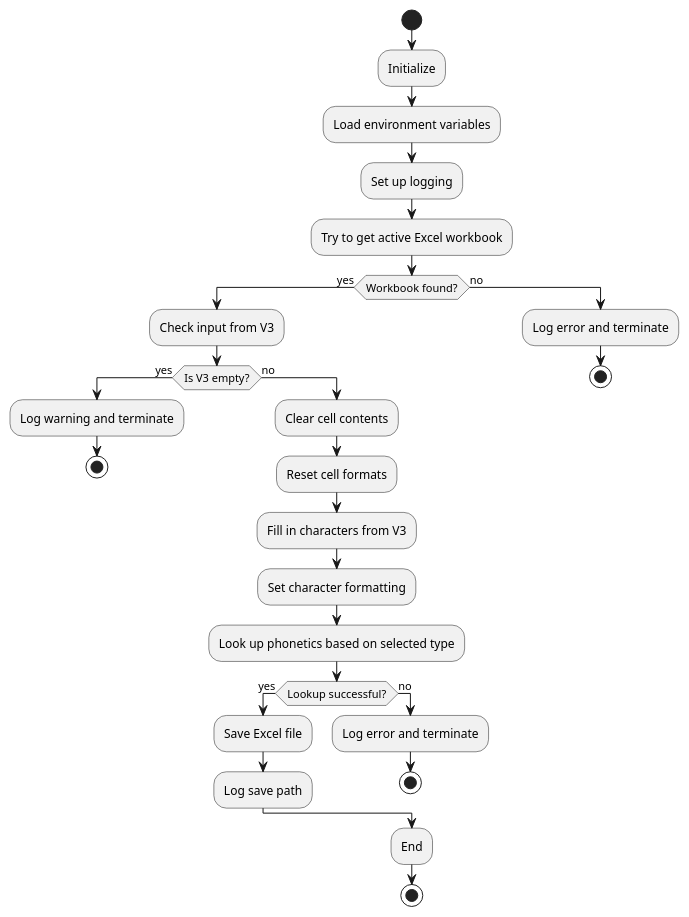
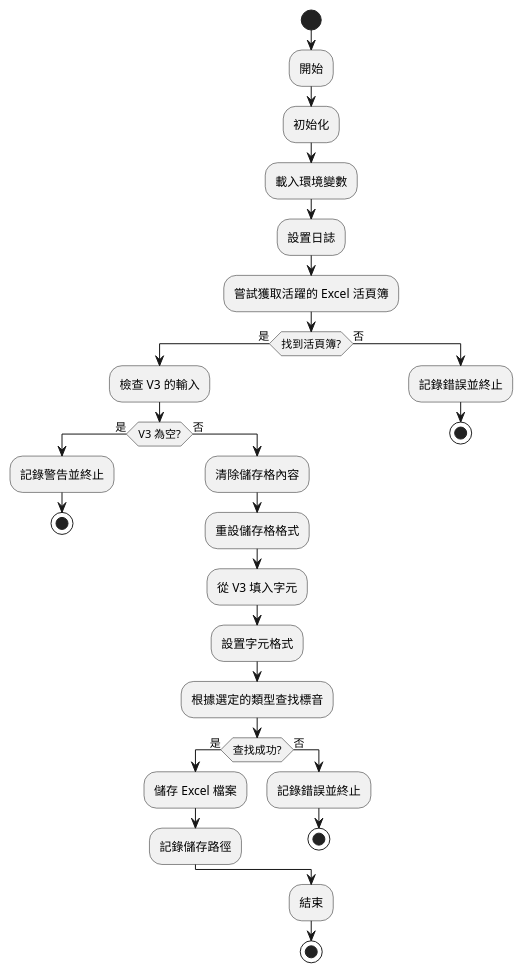
Before and after one commit to AlanJui/Piau-Im: the second of 2 diagrams in Documents/diagrams/a100_程式執行流程.md, drawn with PlantUML. The commit also changed other lines of this file and 1 other file, not shown here.

Commit message:
在 Markdown 文檔，使用 PlantUML 或 Mermaid Script 繪製【程式碼作業流程圖】。

````diff
--- a/Documents/diagrams/a100_程式執行流程.md
+++ b/Documents/diagrams/a100_程式執行流程.md
@@ -120,34 +91,35 @@
 ```plantuml
 @startuml
 start
-:Initialize;
-:Load environment variables;
-:Set up logging;
-:Try to get active Excel workbook;
-if (Workbook found?) then (yes)
-    :Check input from V3;
-    if (Is V3 empty?) then (yes)
-        :Log warning and terminate;
+:開始;
+:初始化;
+:載入環境變數;
+:設置日誌;
+:嘗試獲取活躍的 Excel 活頁簿;
+if (找到活頁簿?) then (是)
+    :檢查 V3 的輸入;
+    if (V3 為空?) then (是)
+        :記錄警告並終止;
         stop
-    else (no)
-        :Clear cell contents;
-        :Reset cell formats;
-        :Fill in characters from V3;
-        :Set character formatting;
-        :Look up phonetics based on selected type;
-        if (Lookup successful?) then (yes)
-            :Save Excel file;
-            :Log save path;
-        else (no)
-            :Log error and terminate;
+    else (否)
+        :清除儲存格內容;
+        :重設儲存格格式;
+        :從 V3 填入字元;
+        :設置字元格式;
+        :根據選定的類型查找標音;
+        if (查找成功?) then (是)
+            :儲存 Excel 檔案;
+            :記錄儲存路徑;
+        else (否)
+            :記錄錯誤並終止;
             stop
         endif
     endif
-else (no)
-    :Log error and terminate;
+else (否)
+    :記錄錯誤並終止;
     stop
 endif
-:End;
+:結束;
 stop
 @enduml
 ```
````
